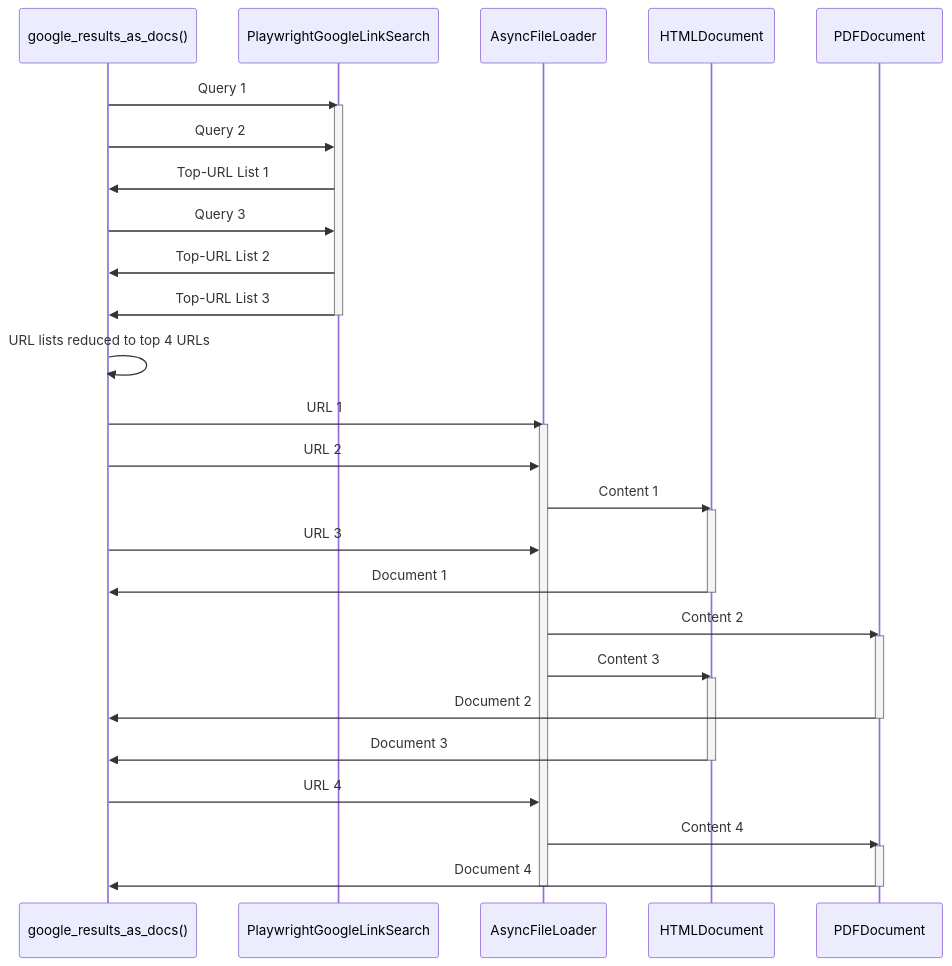
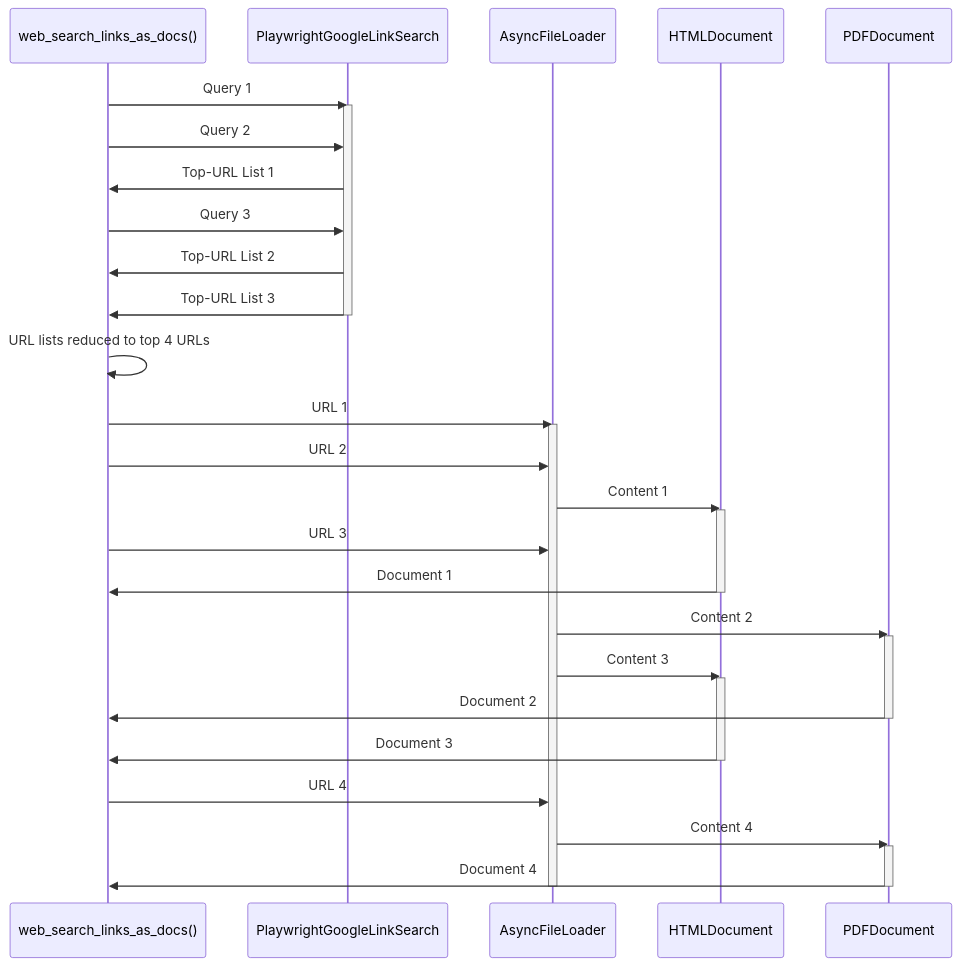
Before and after one commit to NREL/elm: the fourth of 5 diagrams in docs/source/dev/ords_architecture.rst, drawn with Mermaid. The commit also changed other lines of this file, not shown here.

```diff
--- a/docs/source/dev/ords_architecture.rst
+++ b/docs/source/dev/ords_architecture.rst
@@ -789,42 +789,42 @@
 .. mermaid::
 
     sequenceDiagram
-        participant A as google_results_as_docs()
+        participant A as web_search_links_as_docs()
         participant B as PlaywrightGoogleLinkSearch
         participant D as AsyncFileLoader
         participant E as HTMLDocument
         participant F as PDFDocument
 
         A ->> B: Query 1
         activate B
         A ->> B: Query 2
         B ->> A: Top-URL List 1
         A ->> B: Query 3
         B ->> A: Top-URL List 2
         B ->> A: Top-URL List 3
         deactivate B
 
         A ->> A: URL lists reduced to top 4 URLs
 
         A ->> D: URL 1
         activate D
         A ->> D: URL 2
         D ->> E: Content 1
         activate E
         A ->> D: URL 3
         E ->> A: Document 1
         deactivate E
         D ->> F: Content 2
         activate F
         D ->> E: Content 3
         activate E
         F ->> A: Document 2
         deactivate F
         E ->> A: Document 3
         deactivate E
         A ->> D: URL 4
         D ->> F: Content 4
         activate F
         F ->> A: Document 4
         deactivate F
         deactivate D
```
